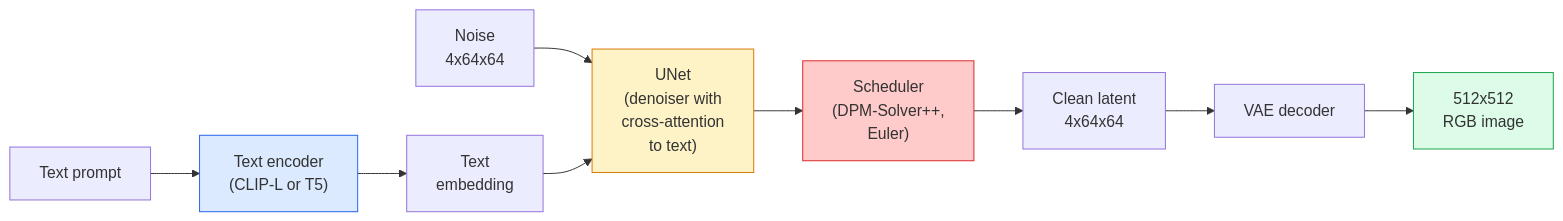
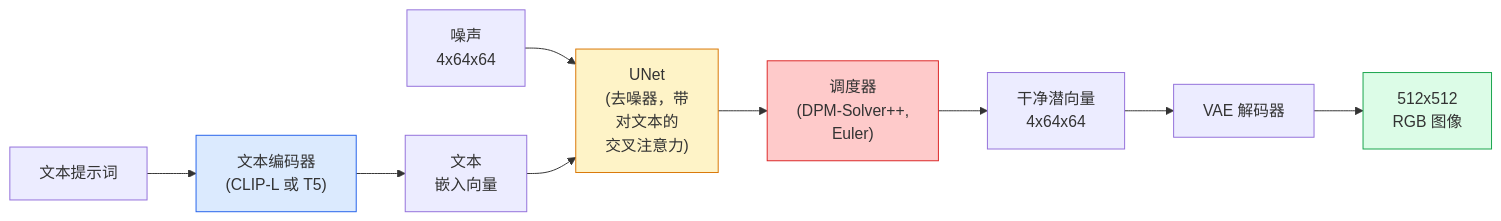
One commit to guangningsun/ailearning changed the diagram in lessons/04-computer-vision/11-stable-diffusion/docs/zh.md. Above: the diagram before and after it, drawn with Mermaid. The commit also changed other lines of this file and 29 other files, not shown here.

````diff
--- a/lessons/04-computer-vision/11-stable-diffusion/docs/zh.md
+++ b/lessons/04-computer-vision/11-stable-diffusion/docs/zh.md
@@ -29,18 +29,18 @@
 ```mermaid
 flowchart LR
-    TXT["Text prompt"] --> TE["Text encoder<br/>(CLIP-L or T5)"]
-    TE --> CT["Text<br/>embedding"]
+    TXT["文本提示词"] --> TE["文本编码器<br/>(CLIP-L 或 T5)"]
+    TE --> CT["文本<br/>嵌入向量"]
 
-    NOISE["Noise<br/>4x64x64"] --> UNET["UNet<br/>(denoiser with<br/>cross-attention<br/>to text)"]
+    NOISE["噪声<br/>4x64x64"] --> UNET["UNet<br/>(去噪器，带<br/>对文本的<br/>交叉注意力)"]
     CT --> UNET
 
-    UNET --> SCHED["Scheduler<br/>(DPM-Solver++,<br/>Euler)"]
-    SCHED --> LATENT["Clean latent<br/>4x64x64"]
-    LATENT --> VAE["VAE decoder"]
-    VAE --> IMG["512x512<br/>RGB image"]
+    UNET --> SCHED["调度器<br/>(DPM-Solver++,<br/>Euler)"]
+    SCHED --> LATENT["干净潜向量<br/>4x64x64"]
+    LATENT --> VAE["VAE 解码器"]
+    VAE --> IMG["512x512<br/>RGB 图像"]
 
     style TE fill:#dbeafe,stroke:#2563eb
     style UNET fill:#fef3c7,stroke:#d97706
     style SCHED fill:#fecaca,stroke:#dc2626
     style IMG fill:#dcfce7,stroke:#16a34a
 ```
````
